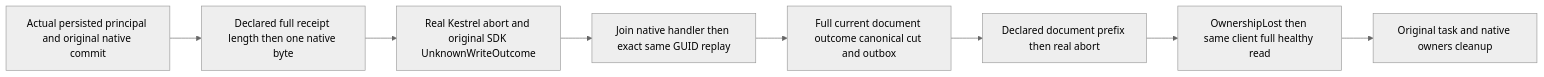
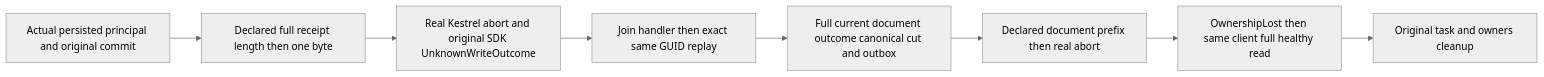
One commit to managedcode/KeyLoad changed the diagram in docs/Features/ClientApi/DeclaredResponseEof.md. Above: the diagram before and after it, drawn with Mermaid (neutral theme). The commit also changed other lines of this file and 9016 other files, not shown here.

````diff
--- a/docs/Features/ClientApi/DeclaredResponseEof.md
+++ b/docs/Features/ClientApi/DeclaredResponseEof.md
@@ -13,10 +13,10 @@
 ```mermaid
 flowchart LR
- A[Actual persisted principal and original native commit] --> B[Declared full receipt length then one native byte]
+ A[Actual persisted principal and original commit] --> B[Declared full receipt length then one byte]
  B --> C[Real Kestrel abort and original SDK UnknownWriteOutcome]
- C --> D[Join native handler then exact same GUID replay]
+ C --> D[Join handler then exact same GUID replay]
  D --> E[Full current document outcome canonical cut and outbox]
  E --> F[Declared document prefix then real abort]
  F --> G[OwnershipLost then same client full healthy read]
- G --> H[Original task and native owners cleanup]
+ G --> H[Original task and owners cleanup]
 ```
````
